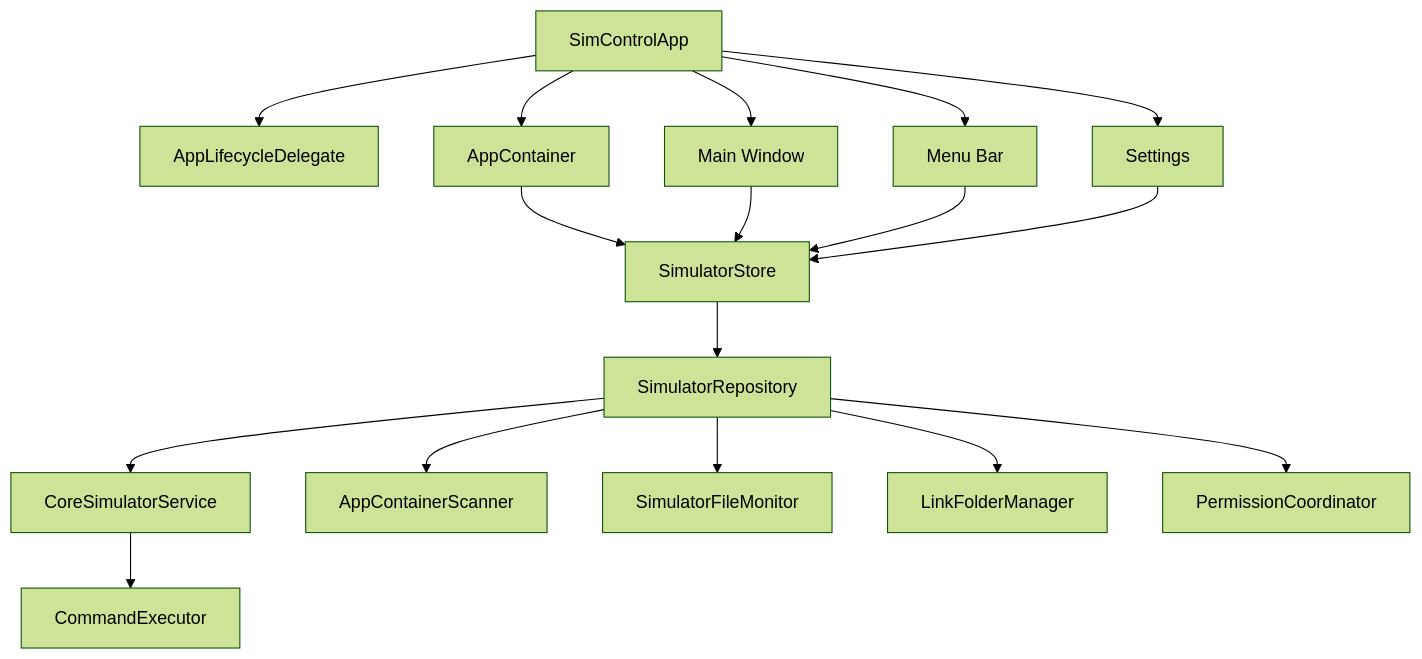
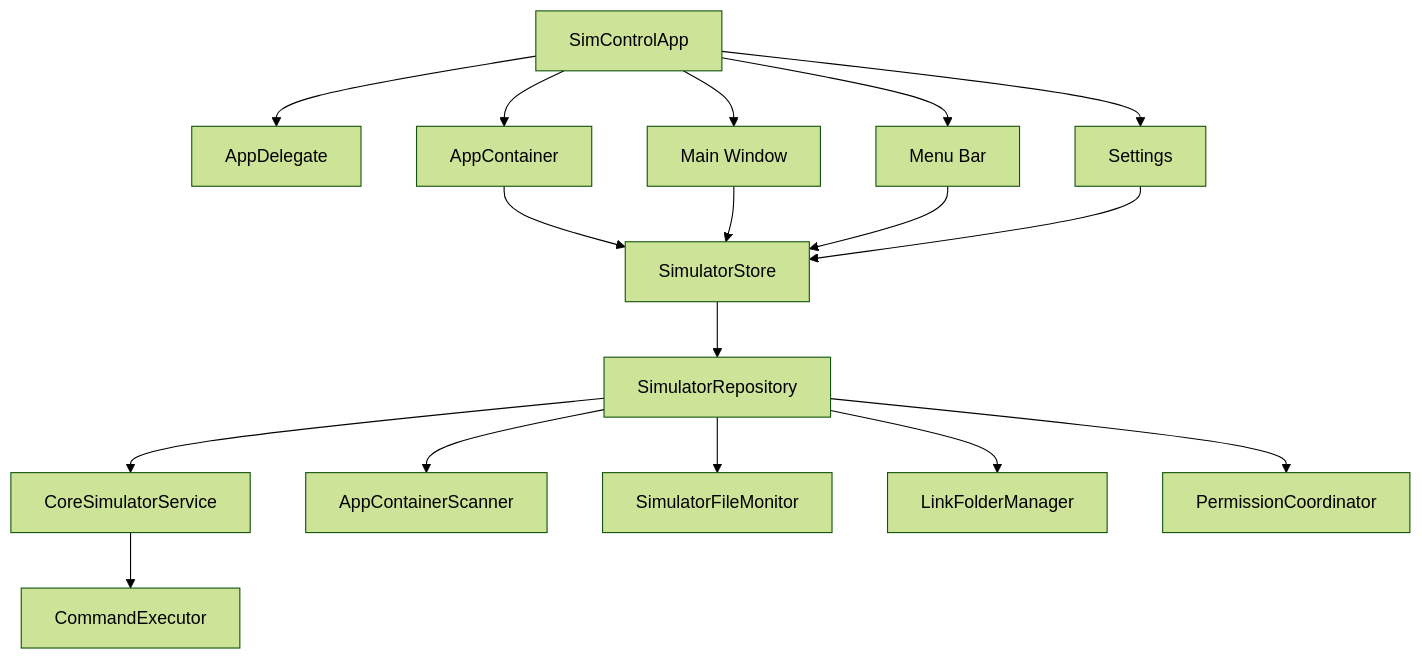
Before and after one commit to Jaesung-Jung/XcodeSimulatorManager: the diagram in Documents/ARCHITECTURE.md, drawn with Mermaid (forest theme). The commit also changed other lines of this file and 59 other files, not shown here.

````diff
--- a/Documents/ARCHITECTURE.md
+++ b/Documents/ARCHITECTURE.md
@@ -11,34 +11,34 @@
 ```mermaid
 flowchart TB
     App["SimControlApp"]
-    Delegate["AppLifecycleDelegate"]
+    Delegate["AppDelegate"]
     Container["AppContainer"]
     Store["SimulatorStore"]
     Repository["SimulatorRepository"]
     Command["CommandExecutor"]
     Service["CoreSimulatorService"]
     Scanner["AppContainerScanner"]
     Monitor["SimulatorFileMonitor"]
     Links["LinkFolderManager"]
     Permissions["PermissionCoordinator"]
     Window["Main Window"]
     Menu["Menu Bar"]
     Settings["Settings"]
 
     App --> Delegate
     App --> Container
     App --> Window
     App --> Menu
     App --> Settings
     Container --> Store
     Store --> Repository
     Repository --> Service
     Repository --> Scanner
     Repository --> Monitor
     Repository --> Links
     Repository --> Permissions
     Service --> Command
     Window --> Store
     Menu --> Store
     Settings --> Store
 ```
````
